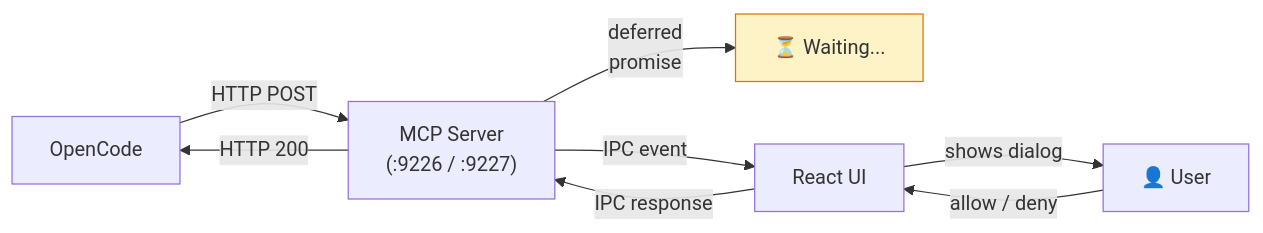
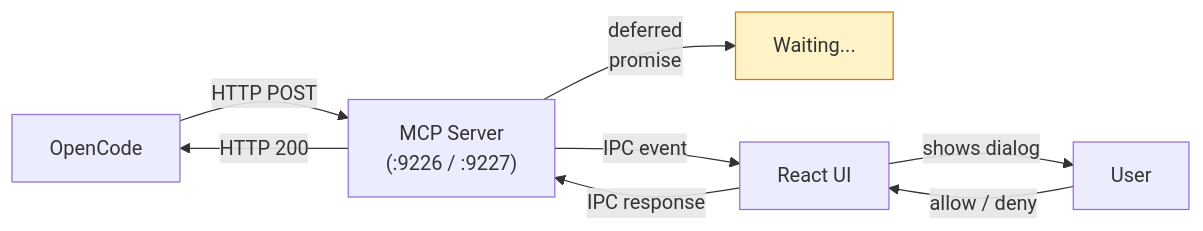
One commit to anastomotic-ai/anastomotic changed the sixth of 6 diagrams in docs/information-viewpoint-slides.md. Above: the diagram before and after it, drawn with Mermaid. The commit also changed other lines of this file and 40 other files, not shown here.

````diff
--- a/docs/information-viewpoint-slides.md
+++ b/docs/information-viewpoint-slides.md
@@ -193,12 +193,12 @@
 ```mermaid
 graph LR
   OC["OpenCode"] -->|"HTTP POST"| MCP["MCP Server\n(:9226 / :9227)"]
-  MCP -->|"deferred\npromise"| WAIT["⏳ Waiting..."]
+  MCP -->|"deferred\npromise"| WAIT["Waiting..."]
   MCP -->|"IPC event"| UI["React UI"]
-  UI -->|"shows dialog"| USER["👤 User"]
+  UI -->|"shows dialog"| USER["User"]
   USER -->|"allow / deny"| UI
   UI -->|"IPC response"| MCP
   MCP -->|"HTTP 200"| OC
 
   style WAIT fill:#fef3c7,stroke:#d97706
 ```
````
